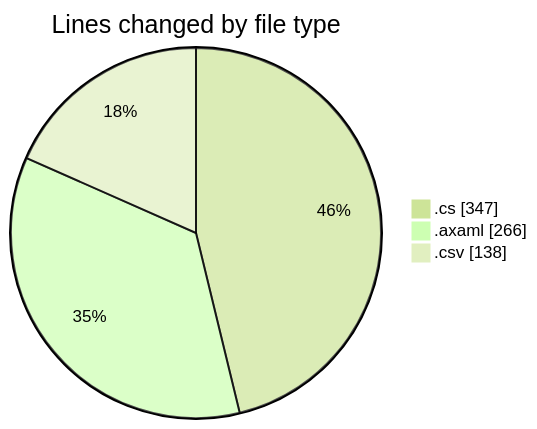
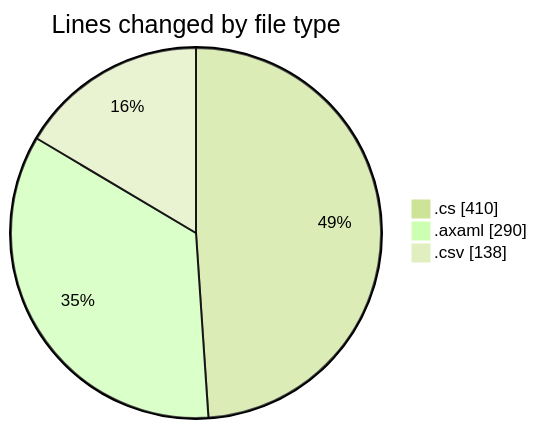
One commit to Netris89/code-tracking changed the first of 2 diagrams in 2025-10-26/skintrack/README.md. Above: the diagram before and after it, drawn with Mermaid (forest theme). The commit also changed other lines of this file and 1 other file, not shown here.

````diff
--- a/2025-10-26/skintrack/README.md
+++ b/2025-10-26/skintrack/README.md
@@ -35,7 +36,7 @@
 ```mermaid
 pie showData
 title Lines changed by file type
-".cs" : 347
-".axaml" : 266
+".cs" : 410
+".axaml" : 290
 ".csv" : 138
 ```
````
